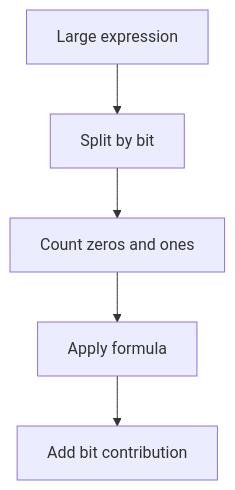
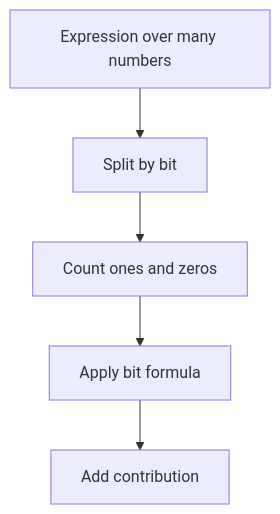
One commit to mthaiseer/springcloud-systemdesign-notes changed the sixth of 22 diagrams in CP_DSA_NOTES/CONCEPT_FRAMEWORK_FORMS_TATICS/bitwise_playbook.md. Above: the diagram before and after it, drawn with Mermaid. The commit also changed other lines of this file, not shown here.

````diff
--- a/CP_DSA_NOTES/CONCEPT_FRAMEWORK_FORMS_TATICS/bitwise_playbook.md
+++ b/CP_DSA_NOTES/CONCEPT_FRAMEWORK_FORMS_TATICS/bitwise_playbook.md
@@ -311,7 +297,7 @@
 ```mermaid
 flowchart TD
-    A["Large expression"] --> B["Split by bit"]
-    B --> C["Count zeros and ones"]
-    C --> D["Apply formula"]
-    D --> E["Add bit contribution"]
+    A["Expression over many numbers"] --> B["Split by bit"]
+    B --> C["Count ones and zeros"]
+    C --> D["Apply bit formula"]
+    D --> E["Add contribution"]
 ```
````
